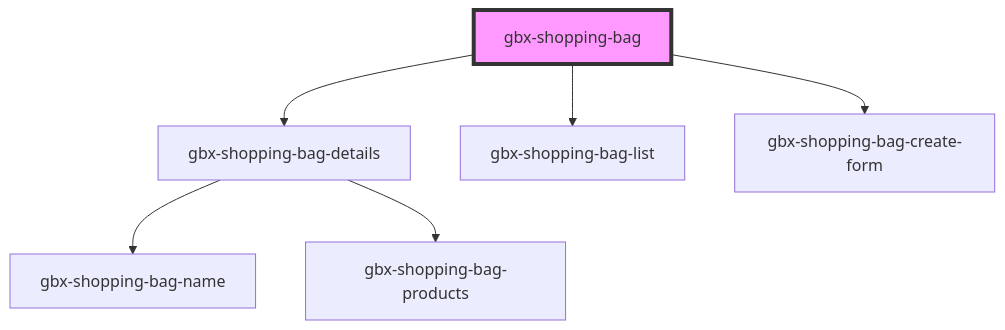
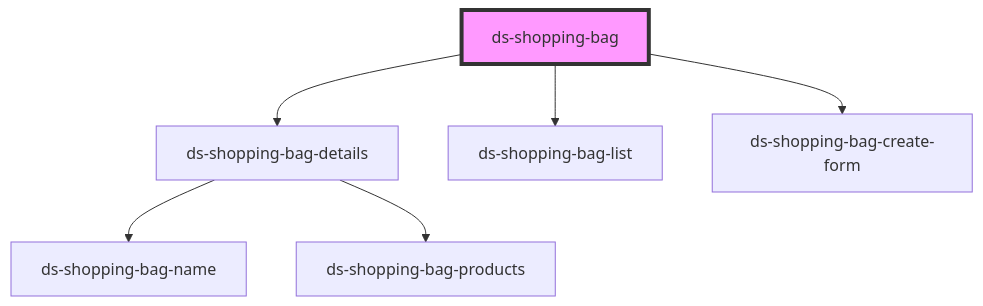
The diagram in components/advanced/shopping-bag/readme.md (jezoock/dot-stash), drawn with Mermaid before and after one commit. The commit also changed other lines of this file and 198 other files, not shown here.

````diff
--- a/components/advanced/shopping-bag/readme.md
+++ b/components/advanced/shopping-bag/readme.md
@@ -26,9 +26,9 @@
 ```mermaid
 graph TD;
-  gbx-shopping-bag --> gbx-shopping-bag-details
-  gbx-shopping-bag --> gbx-shopping-bag-list
-  gbx-shopping-bag --> gbx-shopping-bag-create-form
-  gbx-shopping-bag-details --> gbx-shopping-bag-name
-  gbx-shopping-bag-details --> gbx-shopping-bag-products
-  style gbx-shopping-bag fill:#f9f,stroke:#333,stroke-width:4px
+  ds-shopping-bag --> ds-shopping-bag-details
+  ds-shopping-bag --> ds-shopping-bag-list
+  ds-shopping-bag --> ds-shopping-bag-create-form
+  ds-shopping-bag-details --> ds-shopping-bag-name
+  ds-shopping-bag-details --> ds-shopping-bag-products
+  style ds-shopping-bag fill:#f9f,stroke:#333,stroke-width:4px
 ```
````
